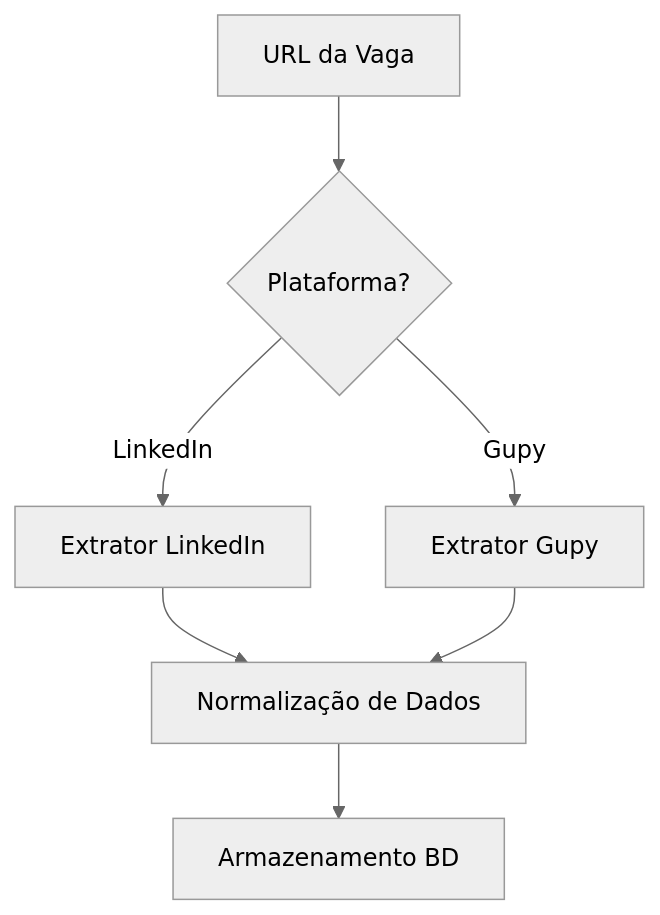
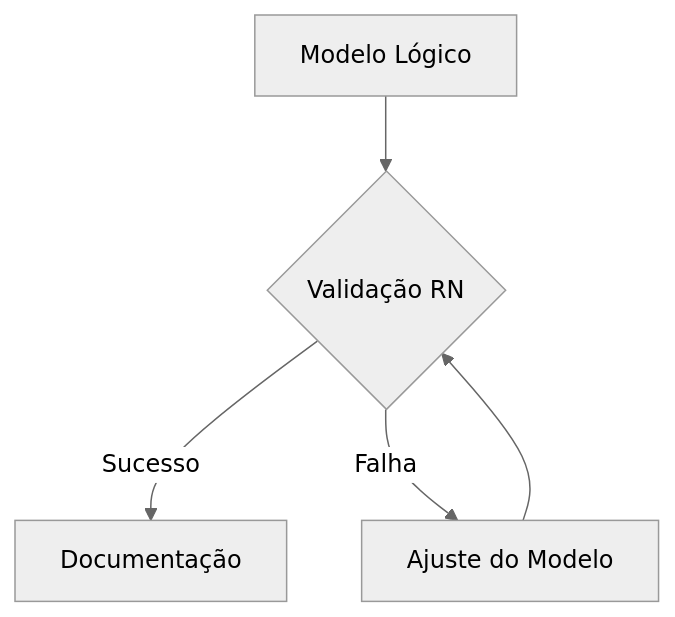
One commit to anandamatos/job-search changed the second of 2 diagrams in modelagem.md. Above: the diagram before and after it, drawn with Mermaid (neutral theme). The commit also changed other lines of this file, not shown here.

Commit message:
Processo de Modelagem de Dados: Desenvolvimento do Modelo Lógico

````diff
--- a/modelagem.md
+++ b/modelagem.md
@@ -184,9 +672,7 @@
 ```mermaid
-graph TD
-A[URL da Vaga] --> B{Plataforma?}
-B -->|LinkedIn| C[Extrator LinkedIn]
-B -->|Gupy| D[Extrator Gupy]
-C --> E[Normalização de Dados]
-D --> E
-E --> F[Armazenamento BD]
+flowchart TD
+A[Modelo Lógico] --> B{Validação RN}
+B -->|Sucesso| C[Documentação]
+B -->|Falha| D[Ajuste do Modelo]
+D --> B
 ```
````
